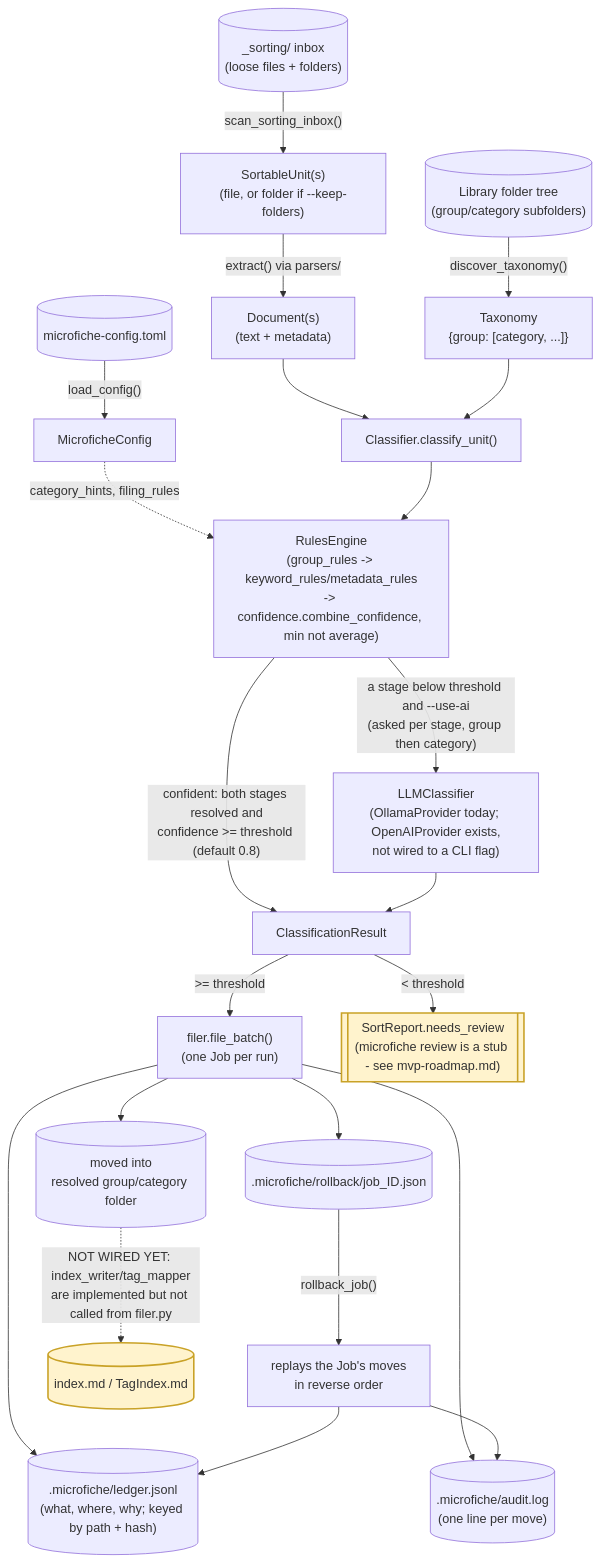
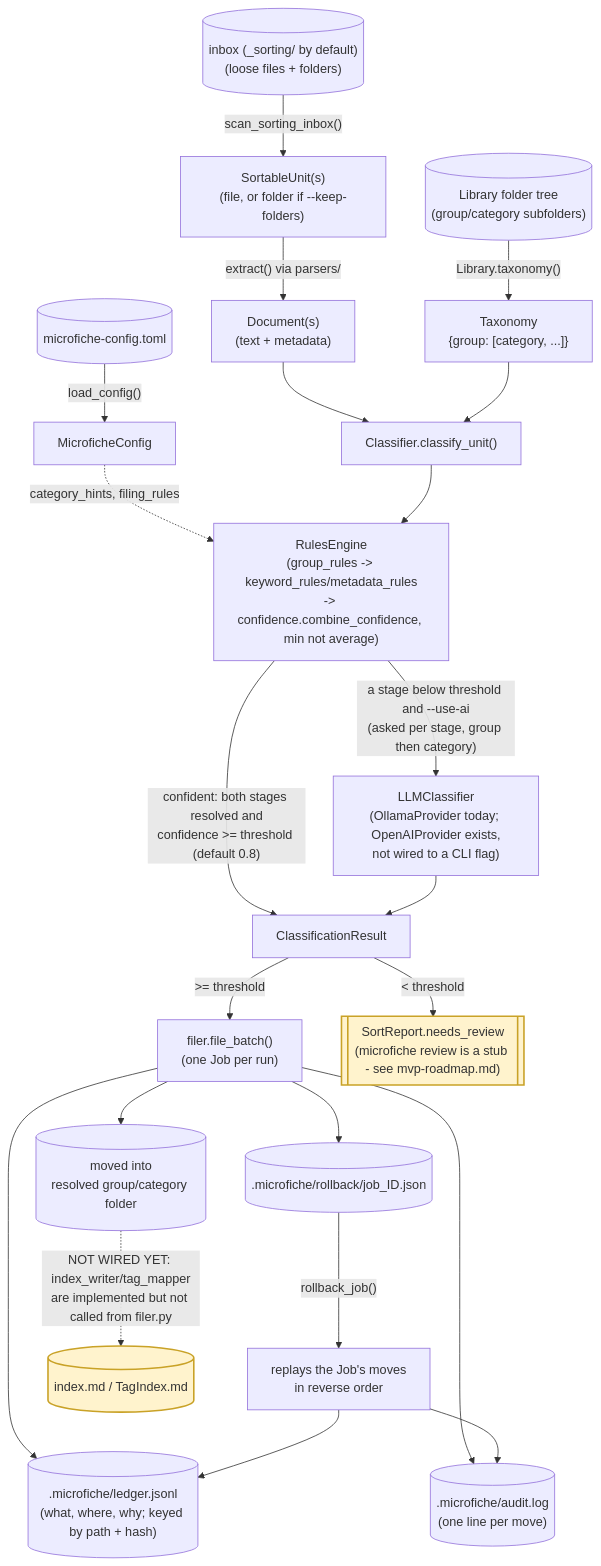
The second of 2 diagrams in docs/development/module-diagram.md (richard-gledhill/microfiche), drawn with Mermaid before and after one commit. The commit also changed other lines of this file and 9 other files, not shown here.

First line of the commit message:
docs: describe the Library module, the configurable inbox and the exclusion fixes

````diff
--- a/docs/development/module-diagram.md
+++ b/docs/development/module-diagram.md
@@ -213,35 +213,35 @@
 ```mermaid
 flowchart TD
     LibraryTree[("Library folder tree\n(group/category subfolders)")]
-    SortingInbox[("_sorting/ inbox\n(loose files + folders)")]
+    SortingInbox[("inbox (_sorting/ by default)\n(loose files + folders)")]
     ConfigFile[("microfiche-config.toml")]
 
-    LibraryTree -->|"discover_taxonomy()"| Taxonomy["Taxonomy\n{group: [category, ...]}"]
+    LibraryTree -->|"Library.taxonomy()"| Taxonomy["Taxonomy\n{group: [category, ...]}"]
     ConfigFile -->|"load_config()"| Config["MicroficheConfig"]
     SortingInbox -->|"scan_sorting_inbox()"| Units["SortableUnit(s)\n(file, or folder if --keep-folders)"]
     Units -->|"extract() via parsers/"| Documents["Document(s)\n(text + metadata)"]
 
     Documents --> ClassifyUnit["Classifier.classify_unit()"]
     Taxonomy --> ClassifyUnit
     Config -.->|"category_hints, filing_rules"| RulesEngine
     ClassifyUnit --> RulesEngine["RulesEngine\n(group_rules -> keyword_rules/metadata_rules\n-> confidence.combine_confidence, min not average)"]
     RulesEngine -->|"confident: both stages resolved and\nconfidence >= threshold (default 0.8)"| Result["ClassificationResult"]
     RulesEngine -->|"a stage below threshold and --use-ai\n(asked per stage, group then category)"| LLM["LLMClassifier\n(OllamaProvider today; OpenAIProvider exists,\nnot wired to a CLI flag)"]
     LLM --> Result
 
     Result -->|">= threshold"| FileUnit["filer.file_batch()\n(one Job per run)"]
     Result -->|"< threshold"| NeedsReview[["SortReport.needs_review\n(microfiche review is a stub - see mvp-roadmap.md)"]]
 
     FileUnit --> FiledDoc[("moved into\nresolved group/category folder")]
     FileUnit --> Ledger[(".microfiche/ledger.jsonl\n(what, where, why; keyed by path + hash)")]
     FileUnit --> AuditLog[(".microfiche/audit.log\n(one line per move)")]
     FileUnit --> JobFile[(".microfiche/rollback/job_ID.json")]
     JobFile -->|"rollback_job()"| Rollback["replays the Job's moves\nin reverse order"]
     Rollback --> Ledger
     Rollback --> AuditLog
 
     FiledDoc -.->|"NOT WIRED YET: index_writer/tag_mapper\nare implemented but not called from filer.py"| ObsidianOut[("index.md / TagIndex.md")]
 
     classDef gap fill:#fff3cd,stroke:#c9a227,stroke-width:2px
     class NeedsReview,ObsidianOut gap
 ```
````
